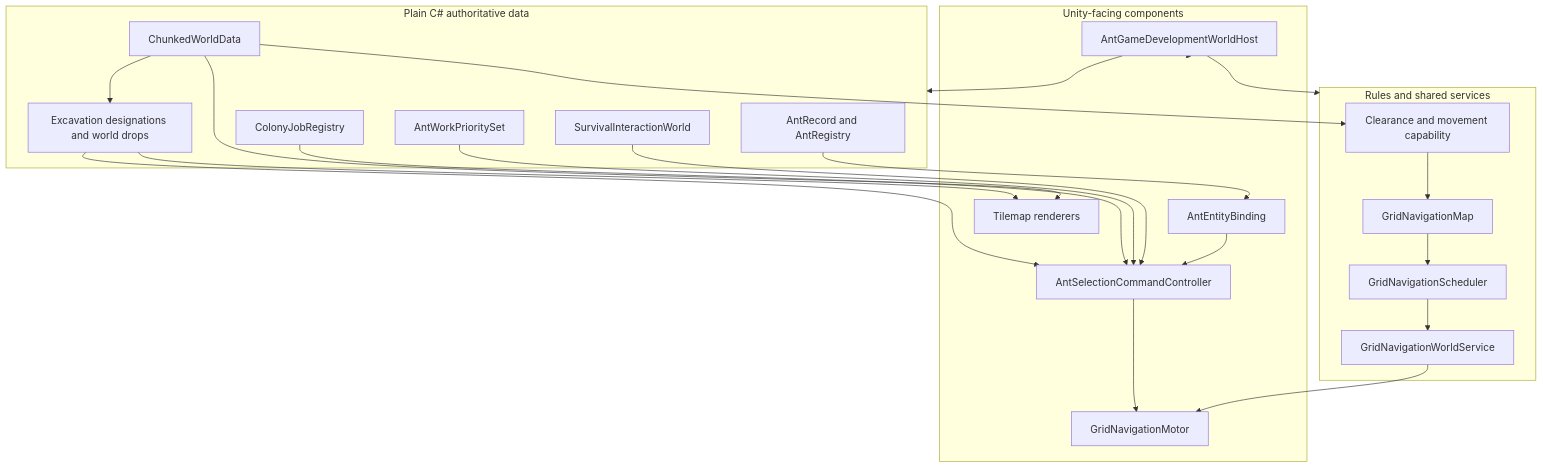
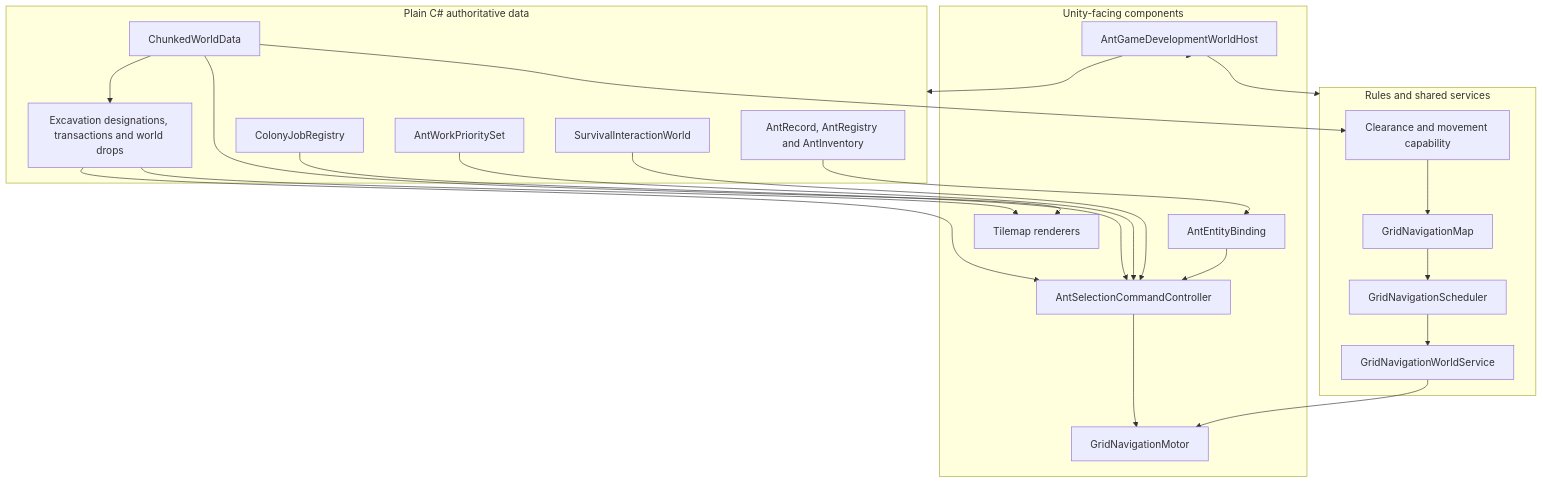
The diagram in docs/technical-architecture.md (Stevr0/AntGame), drawn with Mermaid before and after one commit. The commit also changed other lines of this file and 26 other files, not shown here.

````diff
--- a/docs/technical-architecture.md
+++ b/docs/technical-architecture.md
@@ -17,39 +17,39 @@
 ```mermaid
 flowchart TB
   subgraph Data[Plain C# authoritative data]
-    AR[AntRecord and AntRegistry]
+    AR[AntRecord, AntRegistry and AntInventory]
     WD[ChunkedWorldData]
     SI[SurvivalInteractionWorld]
     JP[AntWorkPrioritySet]
     JR[ColonyJobRegistry]
-    DR[Excavation designations and world drops]
+    DR[Excavation designations, transactions and world drops]
   end
 
   subgraph Rules[Rules and shared services]
     CAP[Clearance and movement capability]
     MAP[GridNavigationMap]
     SCH[GridNavigationScheduler]
     GWS[GridNavigationWorldService]
   end
 
   subgraph Unity[Unity-facing components]
     BIND[AntEntityBinding]
     CTRL[AntSelectionCommandController]
     MOTOR[GridNavigationMotor]
     TILE[Tilemap renderers]
     HOST[AntGameDevelopmentWorldHost]
   end
 
   WD --> CAP --> MAP --> SCH --> GWS --> MOTOR
   WD --> TILE
   AR --> BIND --> CTRL
   CTRL --> MOTOR
   SI --> CTRL
   JP --> CTRL
   JR --> CTRL
   DR --> CTRL
   WD --> DR --> TILE
   HOST --> Data
   HOST --> Rules
   HOST --> Unity
 ```
````
